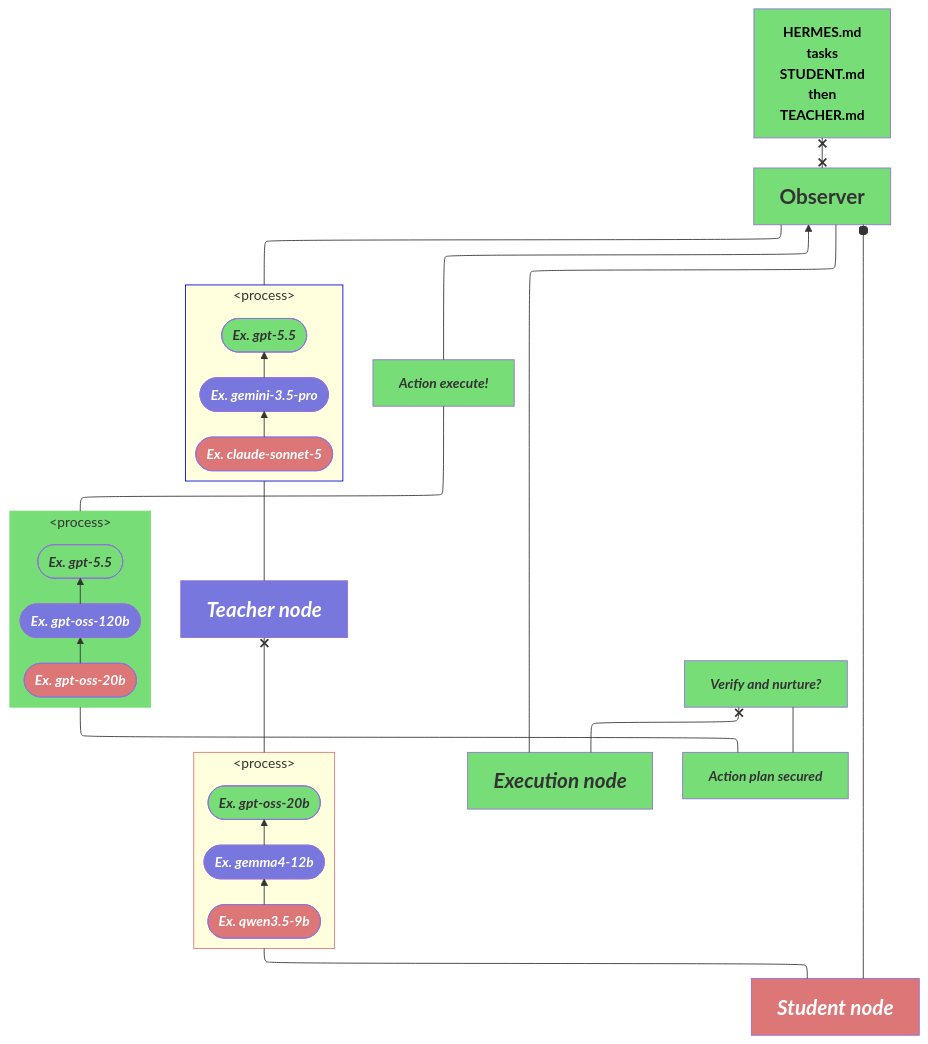
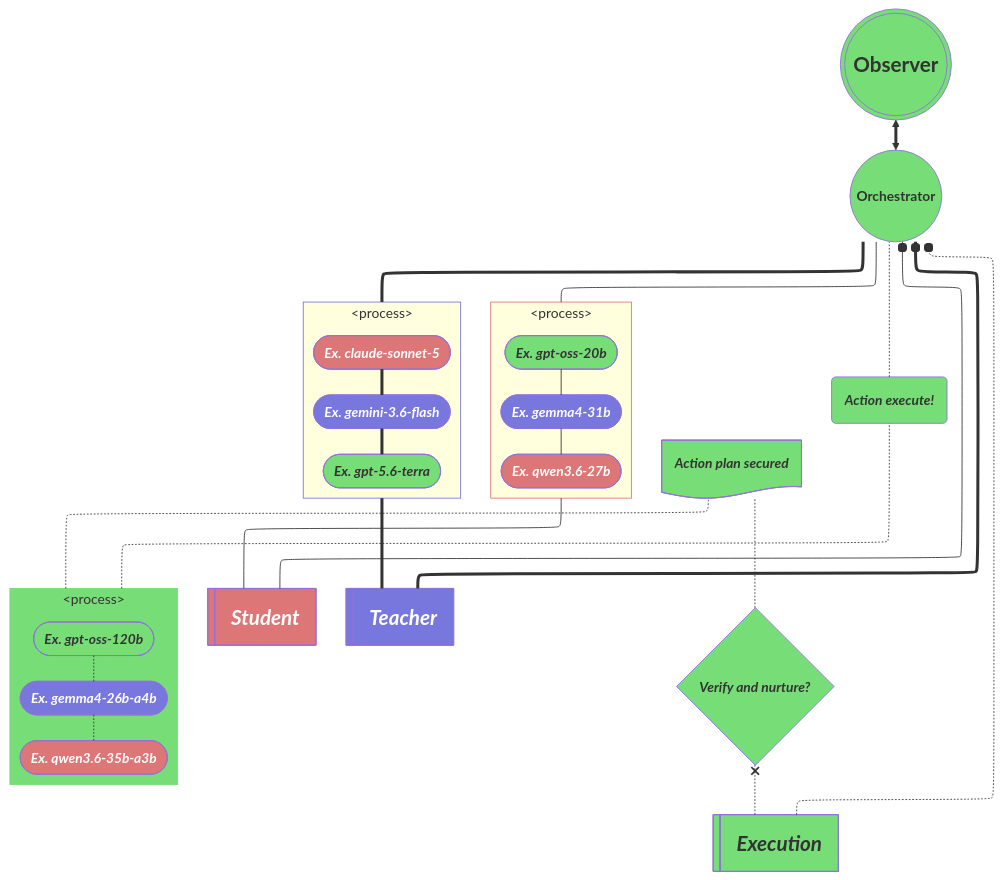
The diagram in orchestration.mmd (HellFireAE/HellFireAE), drawn with Mermaid before and after one commit.

Commit message:
docs: Sync orchestration.mmd from desktop's newer iteration
Desktop had a more evolved version (Executors renamed from Actors,
orchestrator-hub topology, updated model versions) that was never
committed -- only living loose at ~/Desktop/orchestration.md.

```diff
--- a/orchestration.mmd
+++ b/orchestration.mmd
@@ -1,80 +1,86 @@
 ---
 config:
   layout: elk
 ---
 flowchart BT
 
 subgraph Students["&lt;process&gt;"]
-    Qwen["`***Ex. qwen3.5-9b***`"]
-    Gemma["`***Ex. gemma4-12b***`"]
+    Qwen["`***Ex. qwen3.6-27b***`"]
+    Gemma["`***Ex. gemma4-31b***`"]
     OSS["`***Ex. gpt-oss-20b***`"]
 end
 
 subgraph Teachers["&lt;process&gt;"]
     claude["`***Ex. claude-sonnet-5***`"]
-    gemini["`***Ex. gemini-3.5-pro***`"]
-    openai["`***Ex. gpt-5.5***`"]
+    gemini["`***Ex. gemini-3.6-flash***`"]
+    openai["`***Ex. gpt-5.6-terra***`"]
 end
 
-subgraph Actors["&lt;process&gt;"]
-    logic(["`***Ex. gpt-oss-20b***`"])
-    feelings(["`***Ex. gpt-oss-120b***`"])
-    action(["`***Ex. gpt-5.5***`"])
+subgraph Executors["&lt;process&gt;"]
+    logic(["`***Ex. qwen3.6-35b-a3b***`"])
+    feelings(["`***Ex. gemma4-26b-a4b***`"])
+    action(["`***Ex. gpt-oss-120b***`"])
 end
 
-%% Workflow Logic
+%% Workflow: Logic
+orchestrator(("<b>Orchestrator</b>")) <==> observation["`**Observer**`"]
+
+student["`***Student***`"] --o orchestrator
+student --- Students
+Qwen --- Gemma
+Gemma --- OSS
+Students --- orchestrator
+
+teacher["`***Teacher***`"] ==o orchestrator
+teacher === Teachers
+openai === gemini
+gemini === claude
+Teachers === orchestrator
+
+executor["`***Execution***`"] -.-o orchestrator
+executor -.-x verify["`***Verify and nurture?***`"]
+verify -.- plan["`***Action plan secured***`"]
+Executors -.- plan & execute["`***Action execute!***`"]
+logic -.- feelings
+feelings -.- action
+execute -.- orchestrator
+
+%% Workflow: Feelings
+style observation fill:#77DD77,font-size:24px
+style orchestrator fill:#77DD77
+style student fill:#DD7777,color:#fff,font-size:24px
+style Students stroke:#DD7777
+style Qwen fill:#DD7777,color:#fff
+style Gemma fill:#7777DD,color:#fff
+style OSS fill:#77DD77
+style teacher fill:#7777DD,color:#fff,font-size:24px
+style Teachers stroke:#7777DD
+style claude fill:#DD7777,color:#fff
+style gemini fill:#7777DD,color:#fff
+style openai fill:#77DD77
+style executor fill:#77DD77,font-size:24px
+style verify fill:#77DD77
+style plan fill:#77DD77
+style Executors stroke:#77DD77,fill:#77DD77
+style execute fill:#77DD77
+style logic fill:#DD7777,color:#fff
+style feelings fill:#7777DD,color:#fff
+style action fill:#77DD77
+
+%% Workflow: Actions
+observation@{ shape: dbl-circ}
+student@{ shape: lin-proc}
 Qwen@{ shape: terminal}
 Gemma@{ shape: terminal}
 OSS@{ shape: terminal}
-student@{ shape: proc}
+teacher@{ shape: lin-proc}
+openai@{ shape: terminal}
+gemini@{ shape: terminal}
 claude@{ shape: terminal}
-gemini@{ shape: terminal}
-openai@{ shape: terminal}
-teacher@{ shape: proc}
-actor@{ shape: proc}
+executor@{ shape: lin-proc}
 verify@{ shape: decision}
-plan@{ shape: procs}
+plan@{ shape: doc}
 execute@{ shape: event}
-observation@{ shape: dbl-circ}
-orchestrator@{ shape: procs}
-
-%% Workflow Feelings
-style Qwen fill:#DD7777,color:#fff
-style Gemma fill:#7777DD,color:#fff
-style OSS fill:#77DD77
-style claude fill:#DD7777,color:#fff
-style gemini fill:#7777DD,color:#fff
-style openai fill:#77DD77
-style logic fill:#DD7777,color:#fff
-style feelings fill:#7777DD,color:#fff
-style action fill:#77DD77
-style observation fill:#77DD77,font-size:24px
-style orchestrator fill:#77DD77,color:#000
-style student fill:#DD7777,color:#fff,font-size:24px
-style Students stroke:#DD7777
-style teacher fill:#7777DD,color:#fff,font-size:24px
-style Teachers stroke:#0000DD
-style actor fill:#77DD77,font-size:24px
-style verify fill:#77DD77
-style plan fill:#77DD77
-style Actors stroke:#77DD77,fill:#77DD77
-style execute fill:#77DD77
-
-%% Workflow Action
-observation["`**Observer**`"] x--x orchestrator["<b>HERMES.md <br>tasks<br>STUDENT.md<br>then<br>TEACHER.md</b>"]
-student["`***Student node***`"] --o observation
-student --- Students
-Qwen --> Gemma
-Gemma --> OSS
-Students --x teacher["`***Teacher node***`"]
-teacher --- Teachers
-claude --> gemini
-gemini --> openai
-Teachers --- observation
-actor["`***Execution node***`"] --- observation
-actor --x verify["`***Verify and nurture?***`"]
-plan["`***Action plan secured***`"] --- verify & Actors
-Actors --- execute["`***Action execute!***`"]
-logic --> feelings
-feelings --> action
-execute --> observation
+logic@{ shape: terminal}
+feelings@{ shape: terminal}
+action@{ shape: terminal}
```
